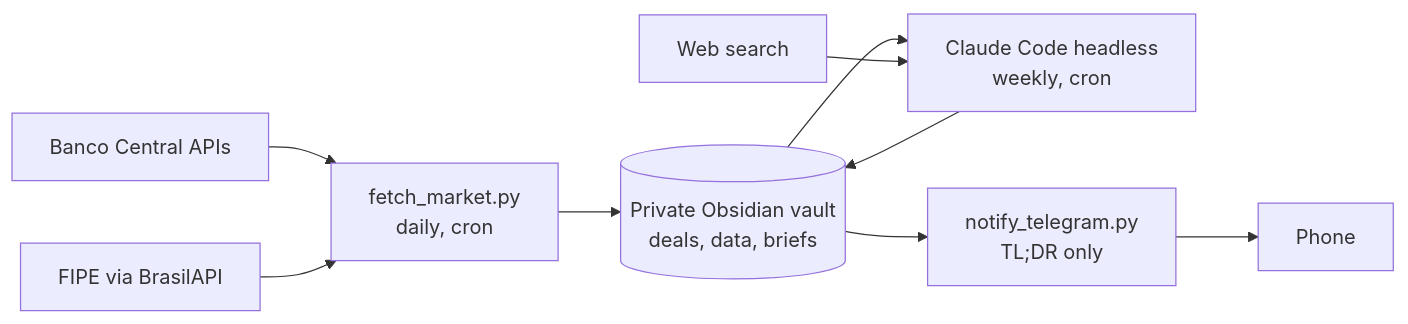
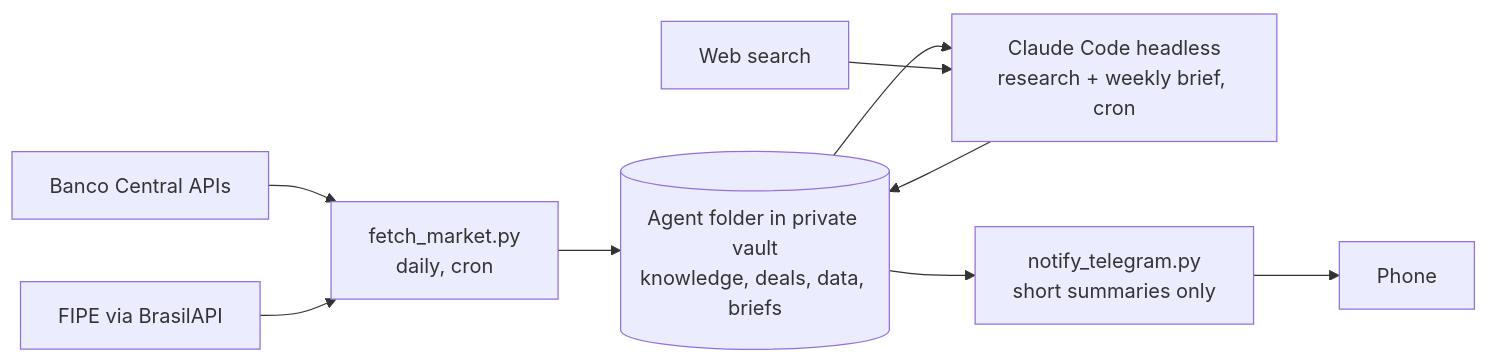
One commit to snowdevelops/vault-market-agent changed the diagram in README.md. Above: the diagram before and after it, drawn with Mermaid. The commit also changed other lines of this file and 24 other files, not shown here.

Commit message:
Scope agent to its own folder and add autonomous research

````diff
--- a/README.md
+++ b/README.md
@@ -15,11 +16,11 @@
 ```mermaid
 flowchart LR
     BCB[Banco Central APIs] --> F[fetch_market.py<br/>daily, cron]
     FIPE[FIPE via BrasilAPI] --> F
-    F --> V[(Private Obsidian vault<br/>deals, data, briefs)]
-    V --> C[Claude Code headless<br/>weekly, cron]
+    F --> V[(Agent folder in private vault<br/>knowledge, deals, data, briefs)]
+    V --> C[Claude Code headless<br/>research + weekly brief, cron]
     W[Web search] --> C
     C --> V
-    V --> N[notify_telegram.py<br/>TL;DR only]
+    V --> N[notify_telegram.py<br/>short summaries only]
     N --> P[Phone]
 ```
````
